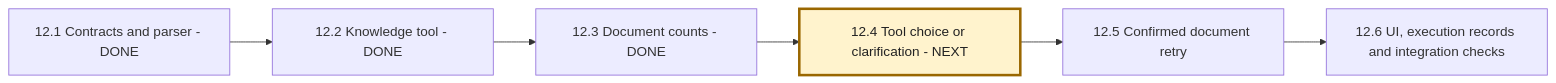
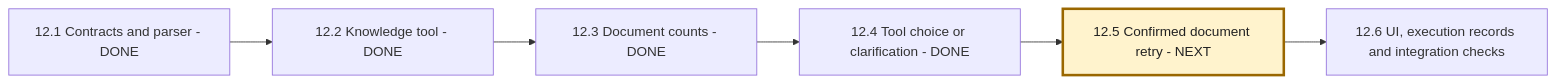
Before and after one commit to msdian0007/nexaAi: the fourth of 4 diagrams in NEXAAI_ROADMAP.md, drawn with Mermaid. The commit also changed other lines of this file and 8 other files, not shown here.

Commit message:
select a tool or ask for clarification

````diff
--- a/NEXAAI_ROADMAP.md
+++ b/NEXAAI_ROADMAP.md
@@ -305,9 +305,9 @@
 ```mermaid
 flowchart LR
     A[12.1 Contracts and parser - DONE] --> B[12.2 Knowledge tool - DONE]
     B --> C[12.3 Document counts - DONE]
-    C --> D[12.4 Tool choice or clarification - NEXT]
-    D --> E[12.5 Confirmed document retry]
+    C --> D[12.4 Tool choice or clarification - DONE]
+    D --> E[12.5 Confirmed document retry - NEXT]
     E --> F[12.6 UI, execution records and integration checks]
-    style D fill:#fff3cd,stroke:#9a6700,stroke-width:3px,color:#222
+    style E fill:#fff3cd,stroke:#9a6700,stroke-width:3px,color:#222
 ```
````
